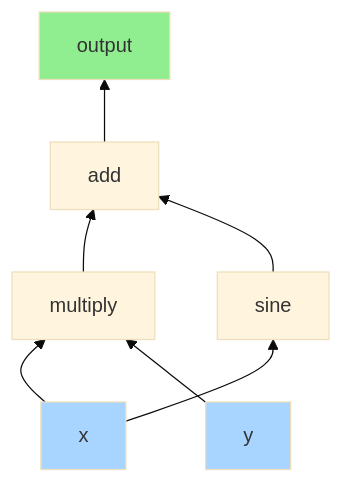
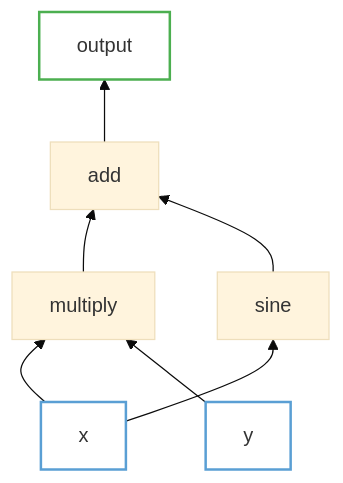
One commit to bolu-atx/bolu-atx.github.io changed the first of 9 diagrams in _posts/2026-01-03-autodiff-part1-intuition.md. Above: the diagram before and after it, drawn with Mermaid (base theme). The commit also changed other lines of this file, not shown here.

Commit message:
Use stroke-only styling for Mermaid diagrams (no fills)

````diff
--- a/_posts/2026-01-03-autodiff-part1-intuition.md
+++ b/_posts/2026-01-03-autodiff-part1-intuition.md
@@ -40,20 +40,20 @@
 ```mermaid
 graph BT
     x["x"]
     y["y"]
     mul["multiply"]
     sin["sine"]
     add["add"]
     out["output"]
 
     x --> mul
     y --> mul
     x --> sin
     mul --> add
     sin --> add
     add --> out
 
-    style x fill:#a8d5ff
-    style y fill:#a8d5ff
-    style out fill:#90EE90
+    style x fill:none,stroke:#5a9fd4,stroke-width:2px
+    style y fill:none,stroke:#5a9fd4,stroke-width:2px
+    style out fill:none,stroke:#4CAF50,stroke-width:2px
 ```
````
